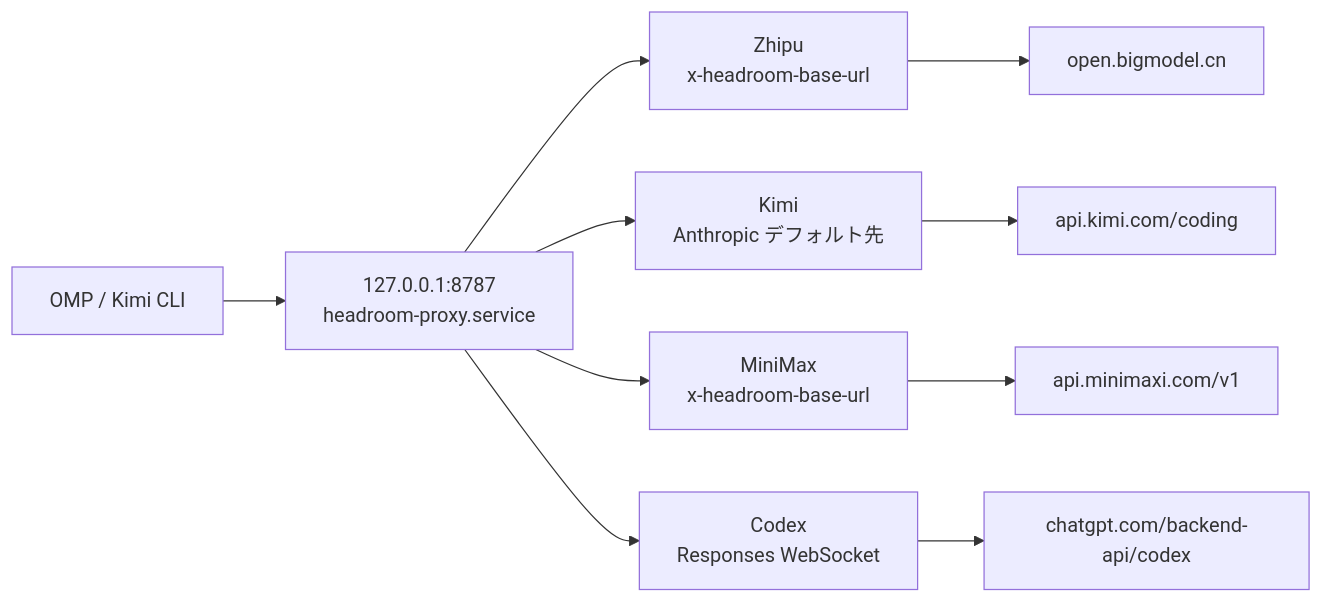
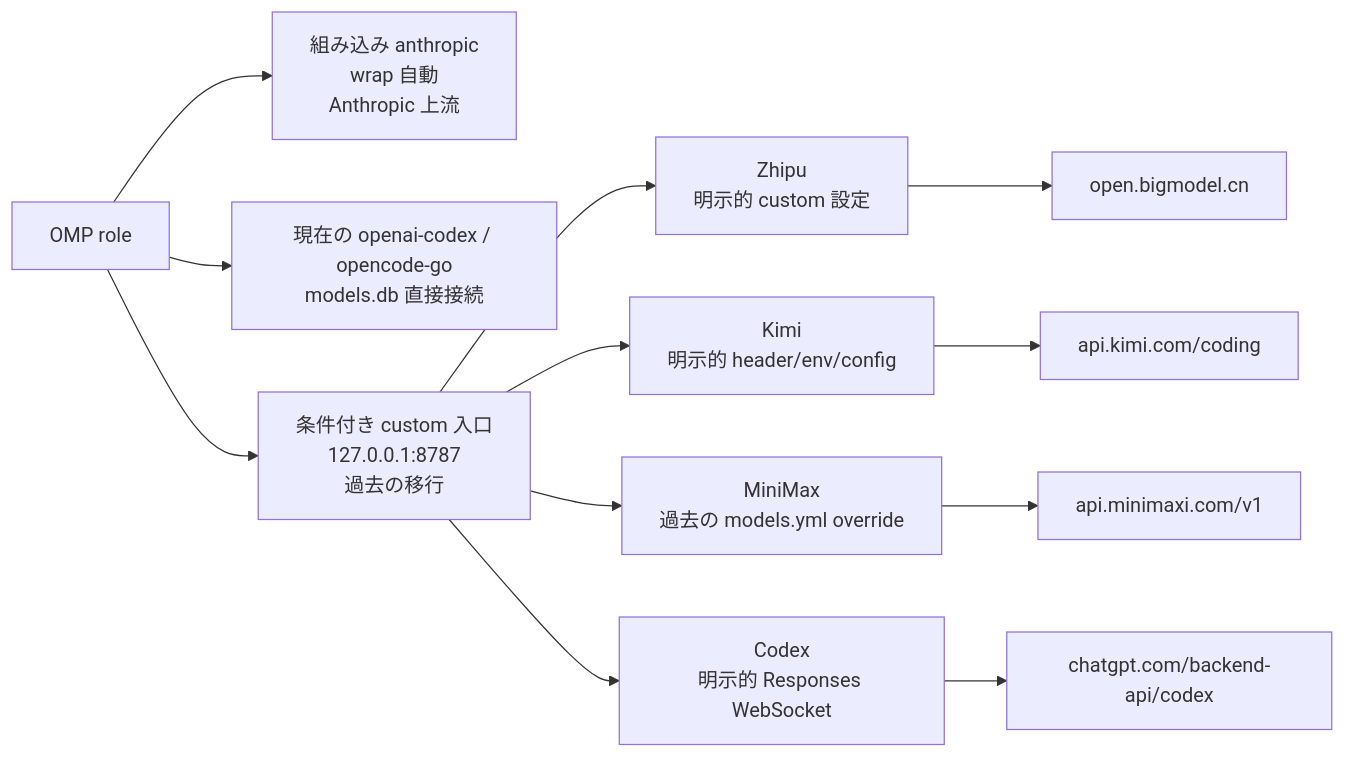
The diagram in src/content/note/ja/headroom-single-port-evolution.md (DavidHLP/DavidHLP.github.io), drawn with Mermaid before and after one commit. The commit also changed other lines of this file and 8 other files, not shown here.

First line of the commit message:
docs(note): reframe headroom/omp guides around official wrap-only path

````diff
--- a/src/content/note/ja/headroom-single-port-evolution.md
+++ b/src/content/note/ja/headroom-single-port-evolution.md
@@ -47,12 +69,14 @@
 ```mermaid
 flowchart LR
-  A["OMP / Kimi CLI"] --> H["127.0.0.1:8787<br/>headroom-proxy.service"]
-  H --> Z["Zhipu<br/>x-headroom-base-url"]
-  H --> K["Kimi<br/>Anthropic デフォルト先"]
-  H --> M["MiniMax<br/>x-headroom-base-url"]
-  H --> C["Codex<br/>Responses WebSocket"]
+  A["OMP role"] --> AN["組み込み anthropic<br/>wrap 自動<br/>Anthropic 上流"]
+  A --> D["現在の openai-codex / opencode-go<br/>models.db 直接接続"]
+  A --> H["条件付き custom 入口<br/>127.0.0.1:8787<br/>過去の移行"]
+  H --> Z["Zhipu<br/>明示的 custom 設定"]
+  H --> K["Kimi<br/>明示的 header/env/config"]
+  H --> M["MiniMax<br/>過去の models.yml override"]
+  H --> C["Codex<br/>明示的 Responses WebSocket"]
   Z --> ZU["open.bigmodel.cn"]
   K --> KU["api.kimi.com/coding"]
   M --> MU["api.minimaxi.com/v1"]
   C --> CU["chatgpt.com/backend-api/codex"]
 ```
````
